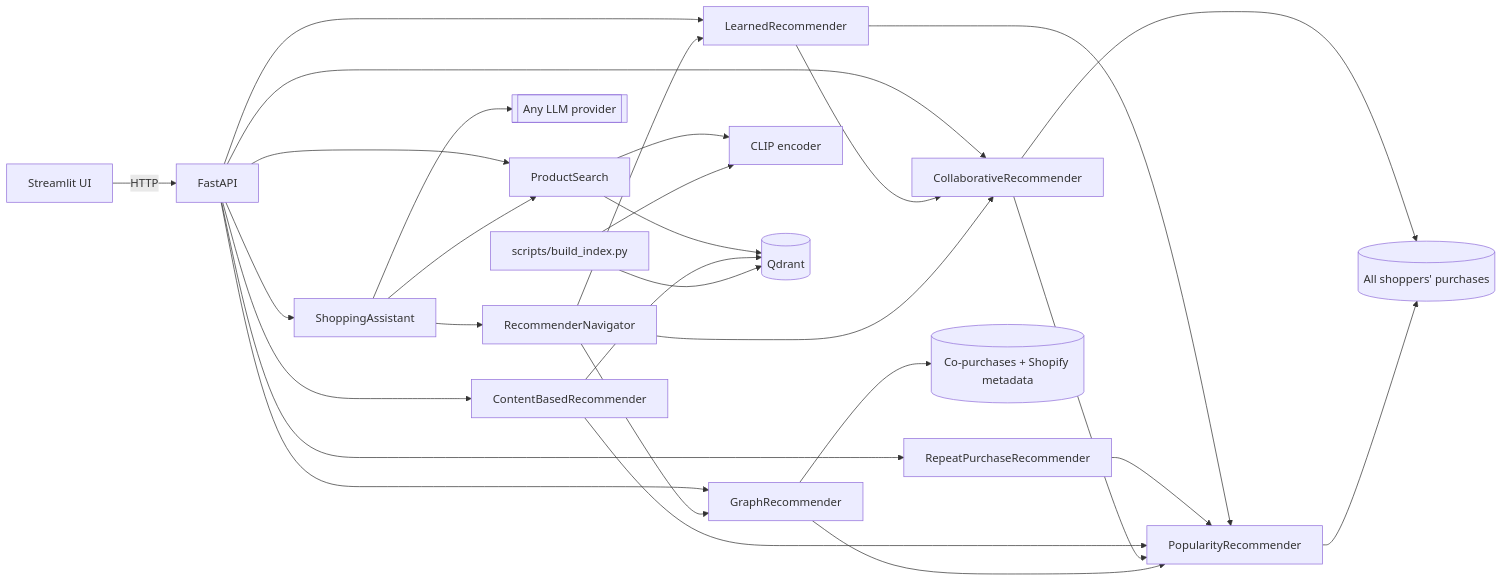
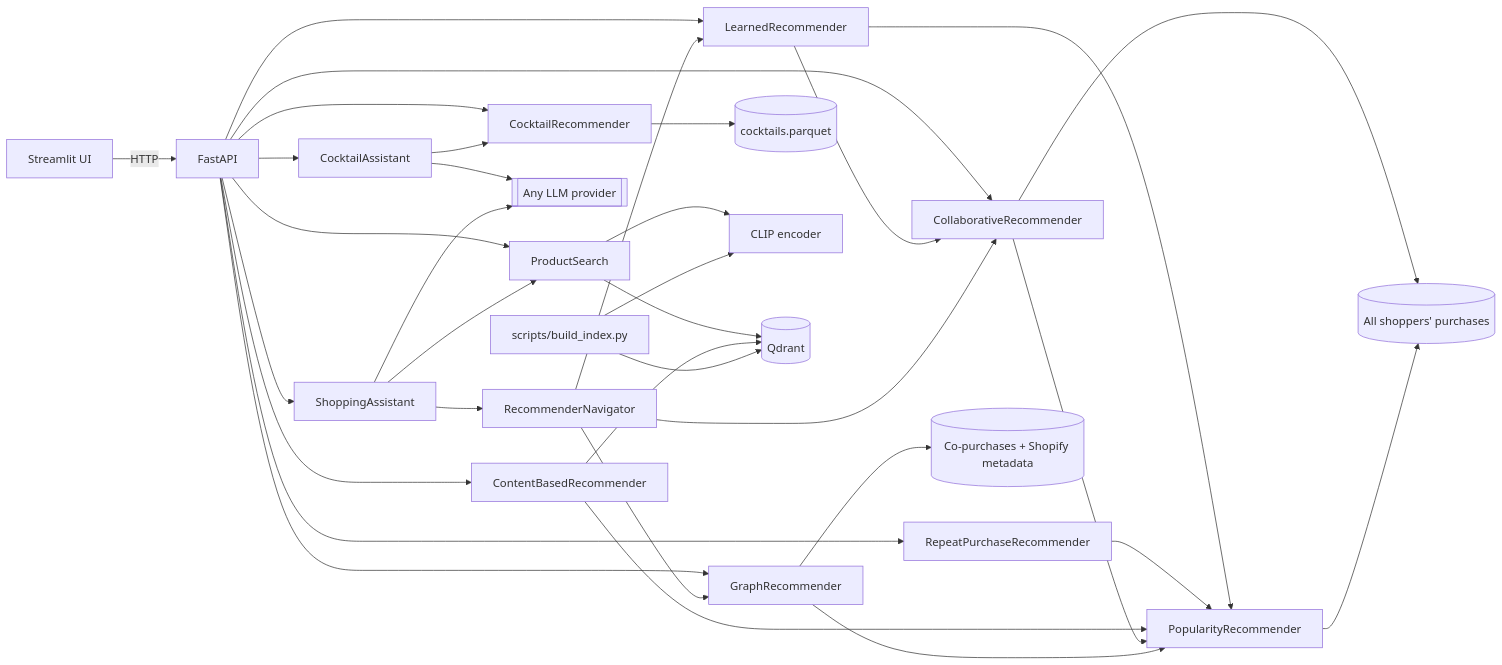
One commit to yo1am1/curio changed the diagram in docs/technical-guide.md. Above: the diagram before and after it, drawn with Mermaid. The commit also changed other lines of this file and 34 other files, not shown here.

````diff
--- a/docs/technical-guide.md
+++ b/docs/technical-guide.md
@@ -106,25 +152,30 @@
 ```mermaid
 flowchart LR
     UI[Streamlit UI] -- HTTP --> API[FastAPI]
     API --> S[ProductSearch]
     API --> CB[ContentBasedRecommender]
     API --> CF[CollaborativeRecommender]
     API --> R[LearnedRecommender]
     API --> RP[RepeatPurchaseRecommender]
     R --> CF & P
     RP --> P
     API --> G[GraphRecommender]
     API --> A[ShoppingAssistant]
+    API --> CA[CocktailAssistant]
+    API --> CR[CocktailRecommender]
+    CR --> CC[(cocktails.parquet)]
+    CA --> CR
+    CA --> LLM
     S --> E[CLIP encoder]
     S --> Q[(Qdrant)]
     CB --> Q
     CB & CF --> P[PopularityRecommender]
     CF & P --> SP[(All shoppers' purchases)]
     G --> P
     G --> KG[(Co-purchases + Shopify metadata)]
     A --> LLM[[Any LLM provider]]
     A --> S
     A --> N[RecommenderNavigator]
     N --> G & R & CF
     B[scripts/build_index.py] --> E & Q
 ```
````
